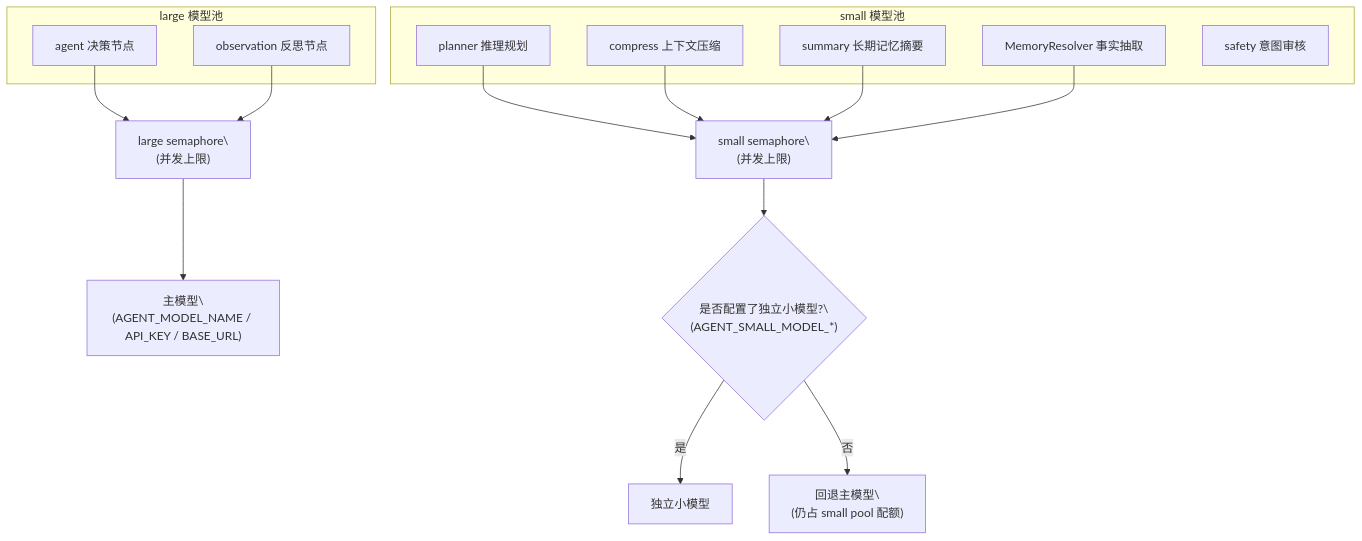
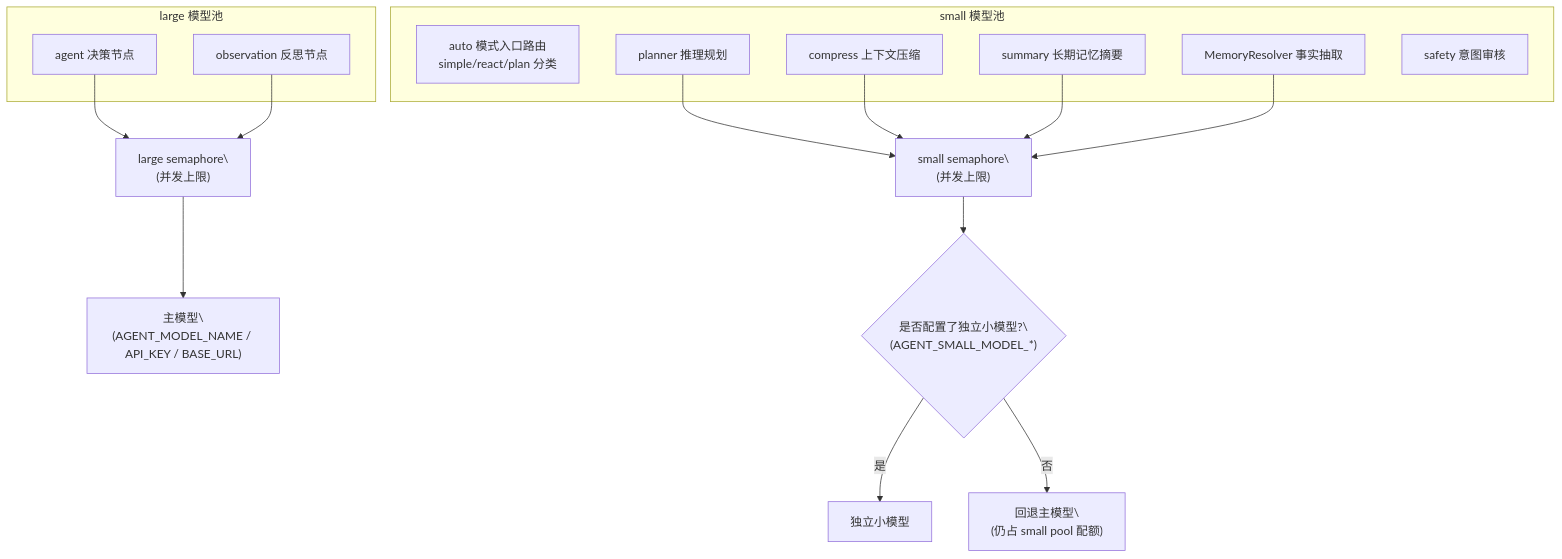
Before and after one commit to xiao-Huahuo/Agent-Core-Service: diagram 13 of 19 in README.md, drawn with Mermaid. The commit also changed other lines of this file and 17 other files, not shown here.

````diff
--- a/README.md
+++ b/README.md
@@ -578,28 +584,29 @@
 ```mermaid
 flowchart TD
     subgraph large_pool["large 模型池"]
         L1["agent 决策节点"]
         L2["observation 反思节点"]
     end
 
     subgraph small_pool["small 模型池"]
+        S0["auto 模式入口路由<br/>simple/react/plan 分类"]
         S1["planner 推理规划"]
         S2["compress 上下文压缩"]
         S3["summary 长期记忆摘要"]
         S4["MemoryResolver 事实抽取"]
         S5["safety 意图审核"]
     end
 
     L1 --> LA["large semaphore\\n(并发上限)"]
     L2 --> LA
     S1 --> SA["small semaphore\\n(并发上限)"]
     S2 --> SA
     S3 --> SA
     S4 --> SA
 
     LA --> ML["主模型\\n(AGENT_MODEL_NAME / API_KEY / BASE_URL)"]
     SA --> M2{"是否配置了独立小模型?\\n(AGENT_SMALL_MODEL_*)"}
 
     M2 -->|"是"| ML2["独立小模型"]
     M2 -->|"否"| MF2["回退主模型\\n(仍占 small pool 配额)"]
 ```
````
